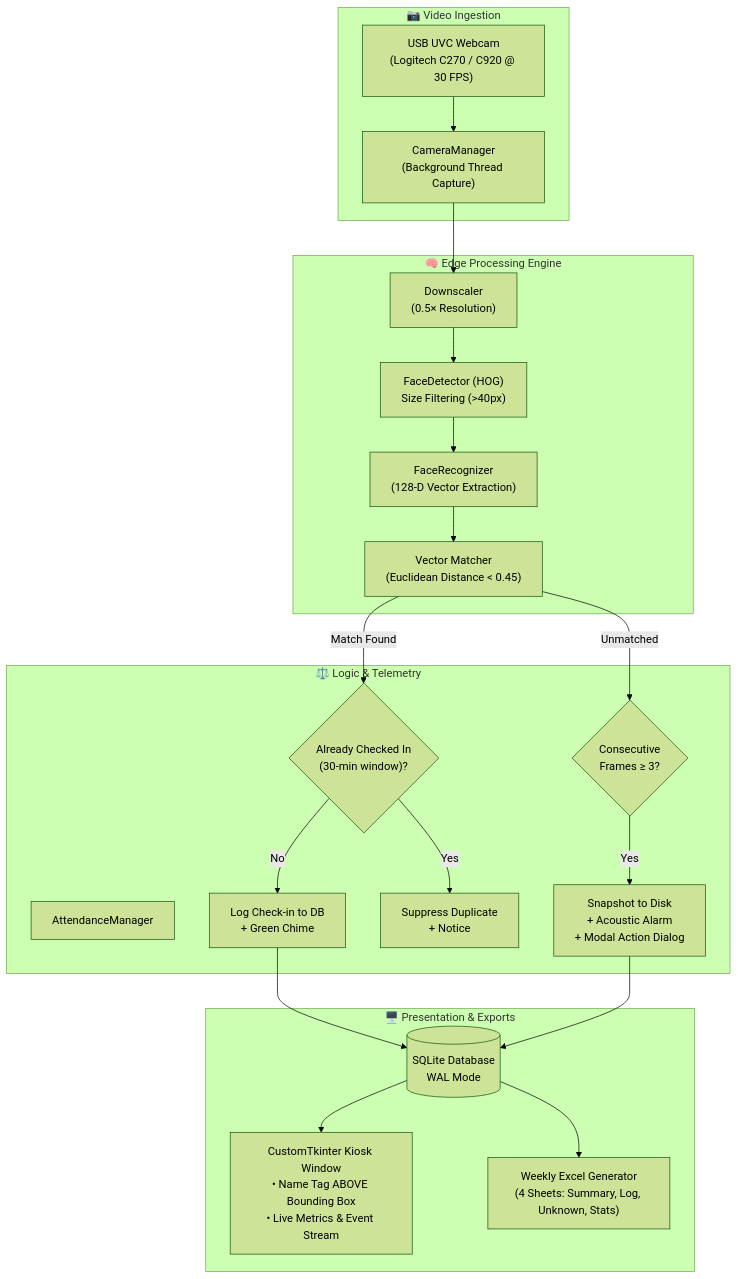
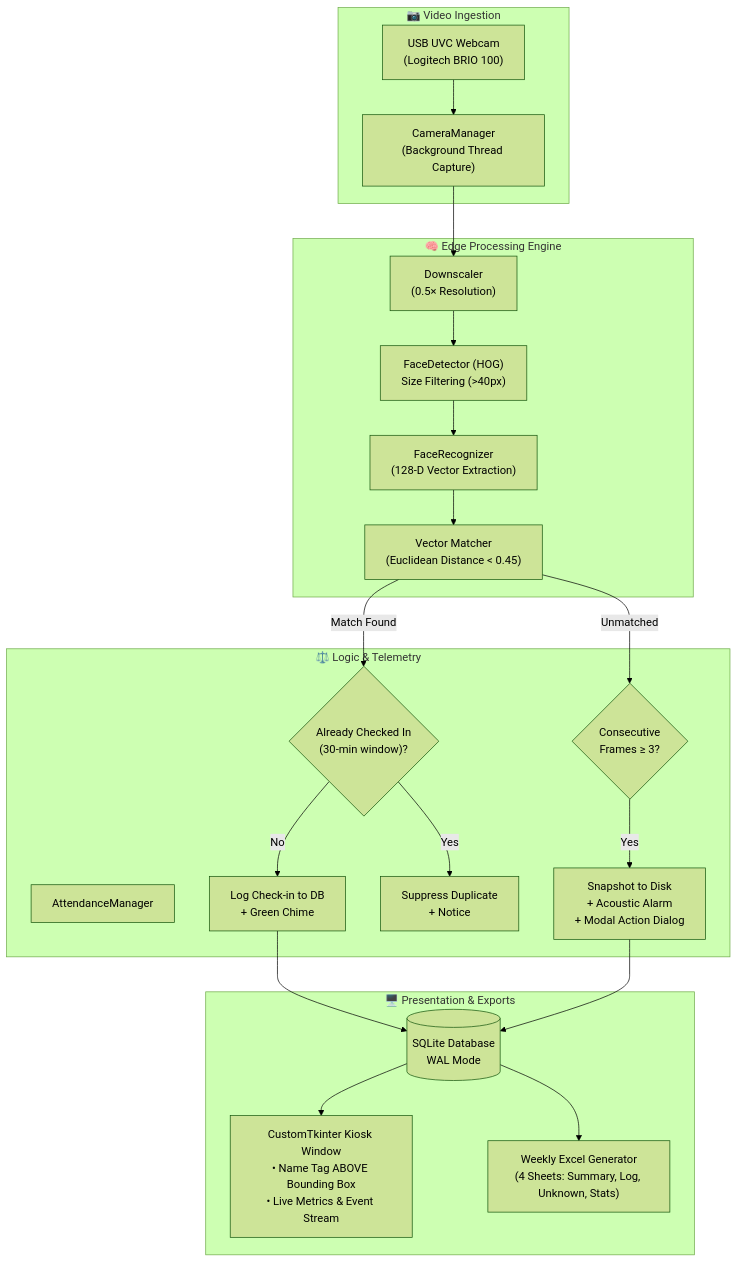
Before and after one commit to aarav22728-sudo/Attendance_system_APEX_LAB: the first of 2 diagrams in readme.md, drawn with Mermaid (forest theme).

Commit message:
Update webcam model in video ingestion diagram

````diff
--- a/readme.md
+++ b/readme.md
@@ -32,38 +32,38 @@
 ```mermaid
 flowchart TD
     subgraph INGESTION ["📷 Video Ingestion"]
-        CAM["USB UVC Webcam<br/>(Logitech C270 / C920 @ 30 FPS)"]
+        CAM["USB UVC Webcam<br/>(Logitech BRIO 100)"]
         CAP["CameraManager<br/>(Background Thread Capture)"]
         CAM --> CAP
     end
 
     subgraph PIPELINE ["🧠 Edge Processing Engine"]
         DS["Downscaler<br/>(0.5× Resolution)"]
         DET["FaceDetector (HOG)<br/>Size Filtering (>40px)"]
         REC["FaceRecognizer<br/>(128-D Vector Extraction)"]
         MAT["Vector Matcher<br/>(Euclidean Distance < 0.45)"]
         
         CAP --> DS --> DET --> REC --> MAT
     end
 
     subgraph DECISION ["⚖️ Logic & Telemetry"]
         ATT["AttendanceManager"]
         MAT -->|Match Found| DUP{"Already Checked In<br/>(30-min window)?"}
         DUP -->|No| LOG["Log Check-in to DB<br/>+ Green Chime"]
         DUP -->|Yes| SUP["Suppress Duplicate<br/>+ Notice"]
         
         MAT -->|Unmatched| UNK{"Consecutive<br/>Frames ≥ 3?"}
         UNK -->|Yes| ALT["Snapshot to Disk<br/>+ Acoustic Alarm<br/>+ Modal Action Dialog"]
     end
 
     subgraph OUTPUTS ["🖥️ Presentation & Exports"]
         DB[("SQLite Database<br/>WAL Mode")]
         UI["CustomTkinter Kiosk Window<br/>• Name Tag ABOVE Bounding Box<br/>• Live Metrics & Event Stream"]
         XLS["Weekly Excel Generator<br/>(4 Sheets: Summary, Log, Unknown, Stats)"]
         
         LOG --> DB
         ALT --> DB
         DB --> UI
         DB --> XLS
     end
 ```
````
